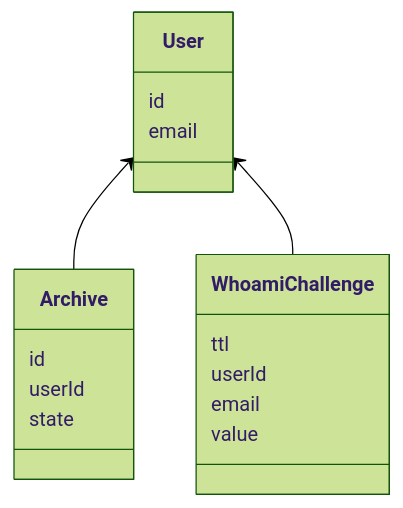
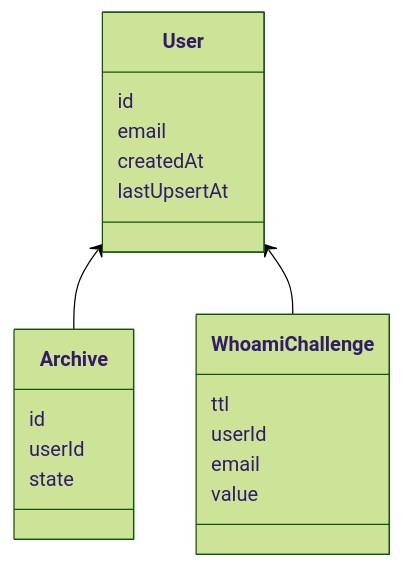
Before and after one commit to johncalvinroberts/furizu-legacy: the diagram in docs/mermaid/dynamo.mmd, drawn with Mermaid (forest theme). The commit also changed 5 other files, not shown here.

```diff
--- a/docs/mermaid/dynamo.mmd
+++ b/docs/mermaid/dynamo.mmd
@@ -1,20 +1,22 @@
 classDiagram
     User <-- Archive
     User <-- WhoamiChallenge
     class User{
         id
         email
+        createdAt
+        lastUpsertAt
     }
     
     class Archive{
         id        
         userId
         state
     }
 
     class WhoamiChallenge {
         ttl
         userId
         email
         value
     }
```
